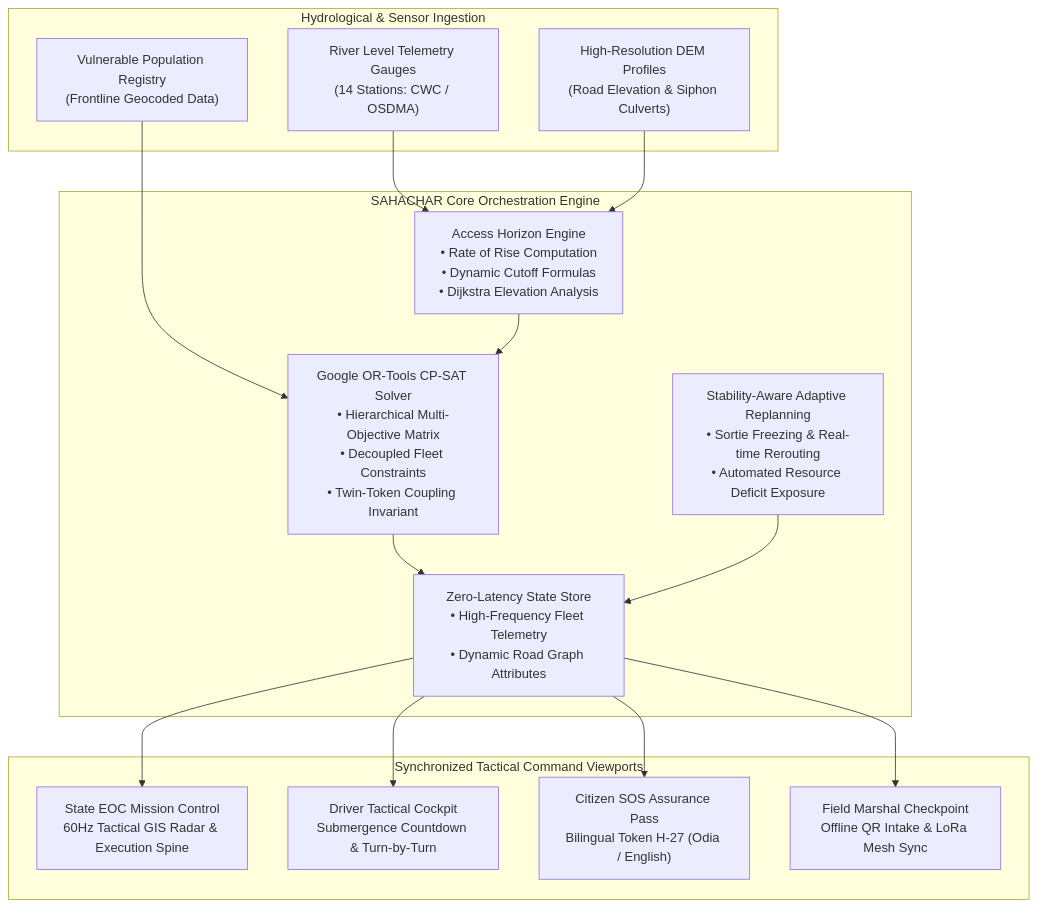
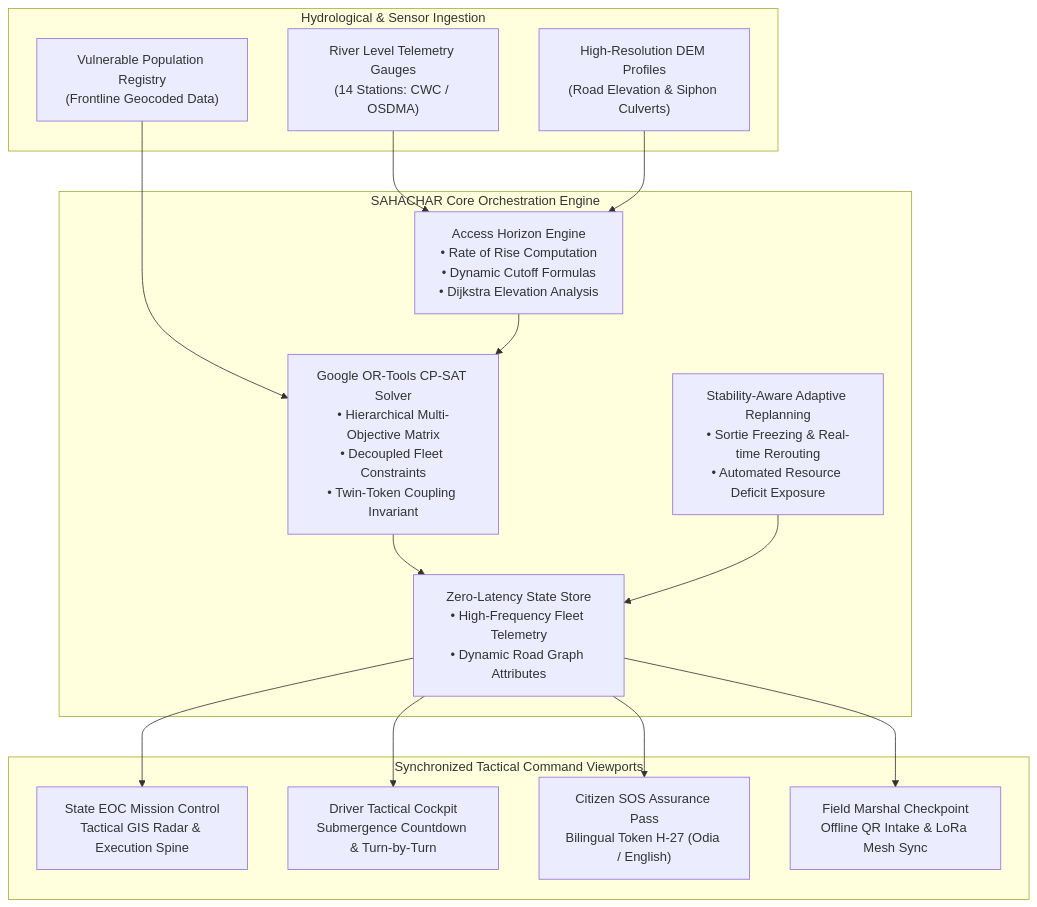
Before and after one commit to Mumuksh-Jain/SAHACHAR: the first of 3 diagrams in README.md, drawn with Mermaid. The commit also changed other lines of this file and 40 other files, not shown here.

Commit message:
docs: establish structural architecture framework, remove implementation code from public repository, and update README

````diff
--- a/README.md
+++ b/README.md
@@ -264,33 +222,33 @@
 ```mermaid
 flowchart TD
     subgraph Inputs[" Hydrological & Sensor Ingestion "]
         RG["River Level Telemetry Gauges<br/>(14 Stations: CWC / OSDMA)"]
         DEM["High-Resolution DEM Profiles<br/>(Road Elevation & Siphon Culverts)"]
         CENSUS["Vulnerable Population Registry<br/>(Frontline Geocoded Data)"]
     end
 
     subgraph Core[" SAHACHAR Core Orchestration Engine "]
         AH["Access Horizon Engine<br/>• Rate of Rise Computation<br/>• Dynamic Cutoff Formulas<br/>• Dijkstra Elevation Analysis"]
         OPT["Google OR-Tools CP-SAT Solver<br/>• Hierarchical Multi-Objective Matrix<br/>• Decoupled Fleet Constraints<br/>• Twin-Token Coupling Invariant"]
         REPLAN["Stability-Aware Adaptive Replanning<br/>• Sortie Freezing & Real-time Rerouting<br/>• Automated Resource Deficit Exposure"]
         STATE["Zero-Latency State Store<br/>• High-Frequency Fleet Telemetry<br/>• Dynamic Road Graph Attributes"]
     end
 
     subgraph Viewports[" Synchronized Tactical Command Viewports "]
-        MC["State EOC Mission Control<br/>60Hz Tactical GIS Radar & Execution Spine"]
+        MC["State EOC Mission Control<br/>Tactical GIS Radar & Execution Spine"]
         DRV["Driver Tactical Cockpit<br/>Submergence Countdown & Turn-by-Turn"]
         CIT["Citizen SOS Assurance Pass<br/>Bilingual Token H-27 (Odia / English)"]
         FLD["Field Marshal Checkpoint<br/>Offline QR Intake & LoRa Mesh Sync"]
     end
 
     RG --> AH
     DEM --> AH
     CENSUS --> OPT
     AH --> OPT
     OPT --> STATE
     REPLAN --> STATE
     STATE --> MC
     STATE --> DRV
     STATE --> CIT
     STATE --> FLD
 ```
````
